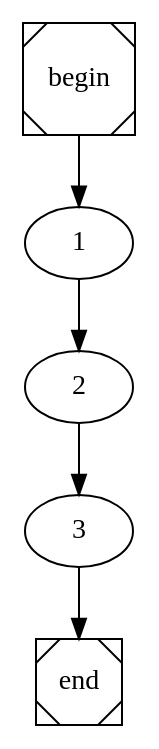
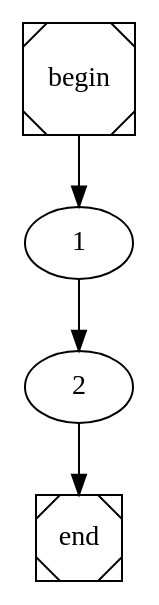
One commit to catarina03/FEUP-COMP changed the diagram in add.dot. Above: the diagram before and after it, drawn with Graphviz. The commit also changed 12 other files, not shown here.

```diff
--- a/add.dot
+++ b/add.dot
@@ -1,4 +1,4 @@
 digraph cfg {
 	begin [shape=Msquare];
 	end [shape=Msquare];
-	begin -> 1;	1 -> 2;	2 -> 3;	3 -> end;}
+	begin -> 1;	1 -> 2;	2 -> end;}
```
